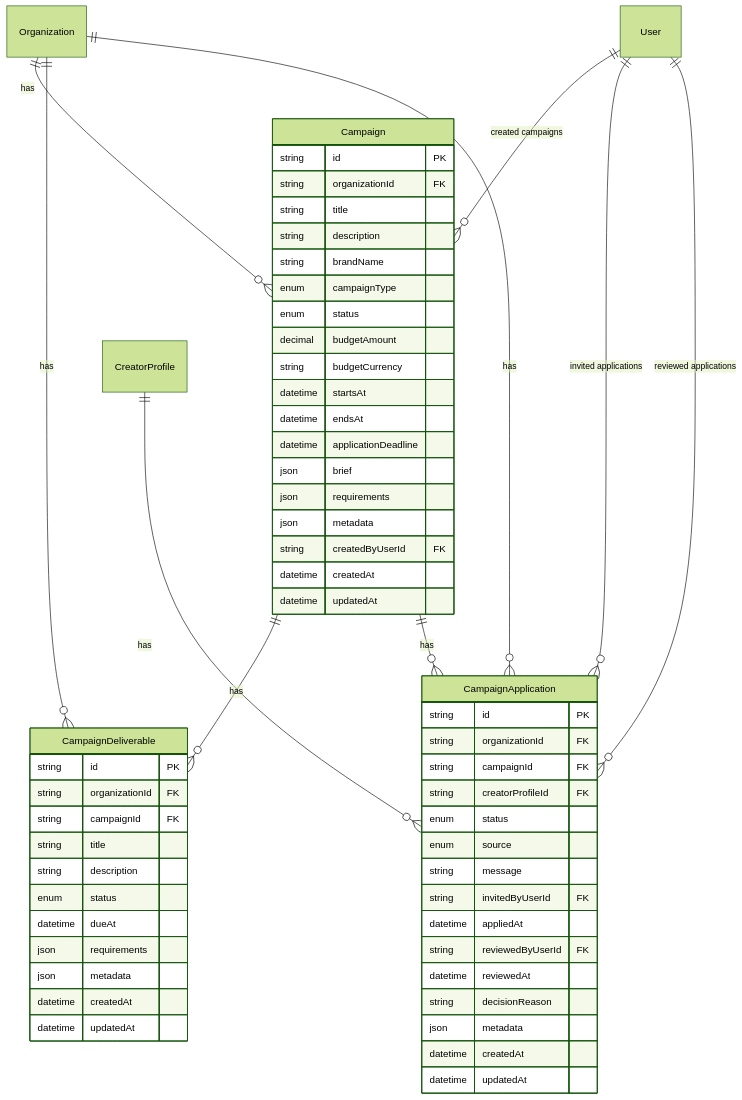
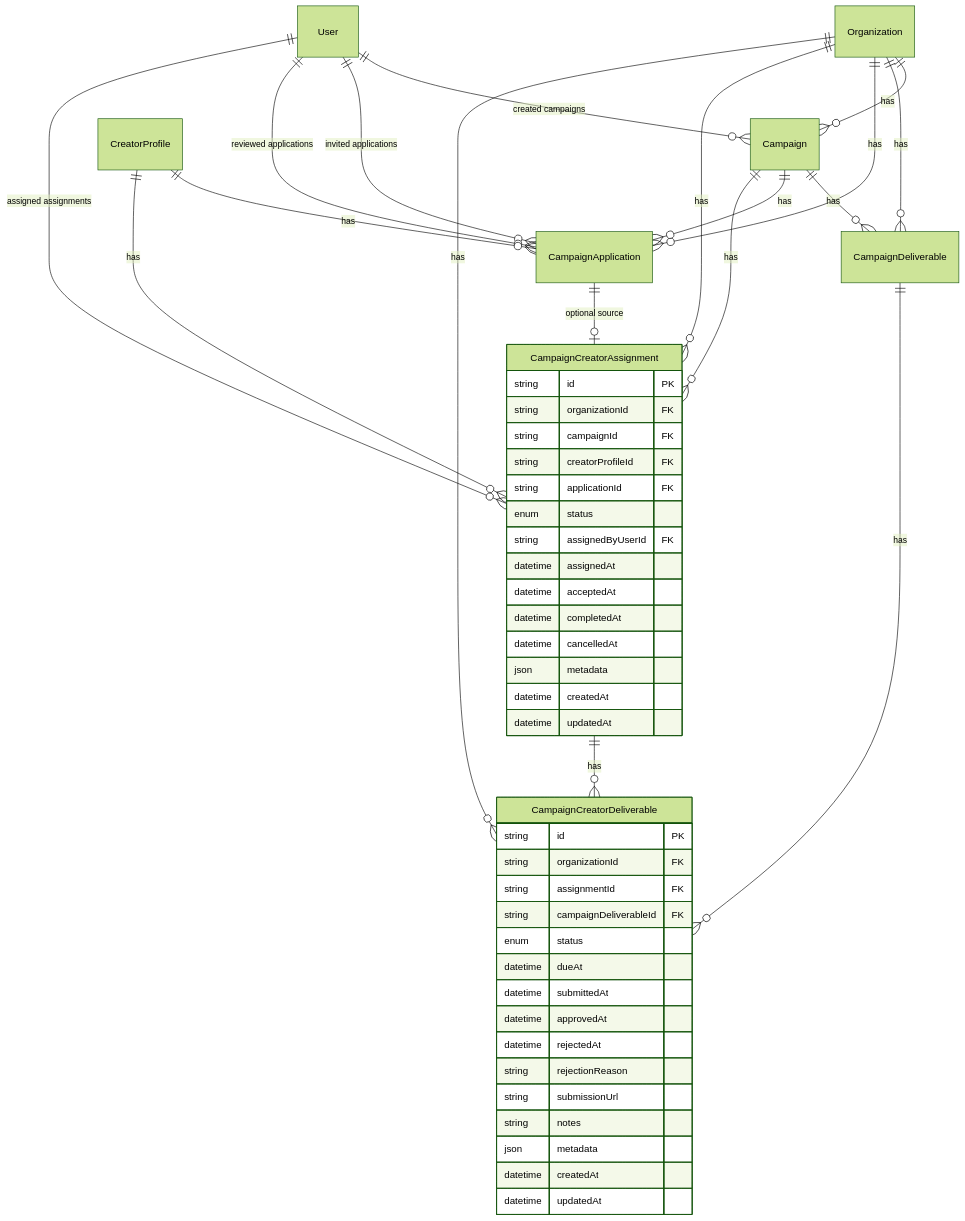
One commit to kolab-kevin/kolab-platform changed the diagram in docs/database/campaigns-erd.md. Above: the diagram before and after it, drawn with Mermaid (forest theme). The commit also changed other lines of this file and 12 other files, not shown here.

Commit message:
feat(api): add campaign creator assignments

````diff
--- a/docs/database/campaigns-erd.md
+++ b/docs/database/campaigns-erd.md
@@ -18,65 +18,55 @@
 ```mermaid
 erDiagram
   Organization ||--o{ Campaign : has
   Organization ||--o{ CampaignDeliverable : has
   Organization ||--o{ CampaignApplication : has
+  Organization ||--o{ CampaignCreatorAssignment : has
+  Organization ||--o{ CampaignCreatorDeliverable : has
   User ||--o{ Campaign : "created campaigns"
   User ||--o{ CampaignApplication : "invited applications"
   User ||--o{ CampaignApplication : "reviewed applications"
+  User ||--o{ CampaignCreatorAssignment : "assigned assignments"
   CreatorProfile ||--o{ CampaignApplication : has
+  CreatorProfile ||--o{ CampaignCreatorAssignment : has
   Campaign ||--o{ CampaignDeliverable : has
   Campaign ||--o{ CampaignApplication : has
+  Campaign ||--o{ CampaignCreatorAssignment : has
+  CampaignApplication ||--o| CampaignCreatorAssignment : "optional source"
+  CampaignCreatorAssignment ||--o{ CampaignCreatorDeliverable : has
+  CampaignDeliverable ||--o{ CampaignCreatorDeliverable : has
 
-  Campaign {
-    string id PK
-    string organizationId FK
-    string title
-    string description
-    string brandName
-    enum campaignType
-    enum status
-    decimal budgetAmount
-    string budgetCurrency
-    datetime startsAt
-    datetime endsAt
-    datetime applicationDeadline
-    json brief
-    json requirements
-    json metadata
-    string createdByUserId FK
-    datetime createdAt
-    datetime updatedAt
-  }
-
-  CampaignDeliverable {
+  CampaignCreatorAssignment {
     string id PK
     string organizationId FK
     string campaignId FK
-    string title
-    string description
+    string creatorProfileId FK
+    string applicationId FK
     enum status
-    datetime dueAt
-    json requirements
+    string assignedByUserId FK
+    datetime assignedAt
+    datetime acceptedAt
+    datetime completedAt
+    datetime cancelledAt
     json metadata
     datetime createdAt
     datetime updatedAt
   }
 
-  CampaignApplication {
+  CampaignCreatorDeliverable {
     string id PK
     string organizationId FK
-    string campaignId FK
-    string creatorProfileId FK
+    string assignmentId FK
+    string campaignDeliverableId FK
     enum status
-    enum source
-    string message
-    string invitedByUserId FK
-    datetime appliedAt
-    string reviewedByUserId FK
-    datetime reviewedAt
-    string decisionReason
+    datetime dueAt
+    datetime submittedAt
+    datetime approvedAt
+    datetime rejectedAt
+    string rejectionReason
+    string submissionUrl
+    string notes
     json metadata
     datetime createdAt
     datetime updatedAt
   }
 ```
````
